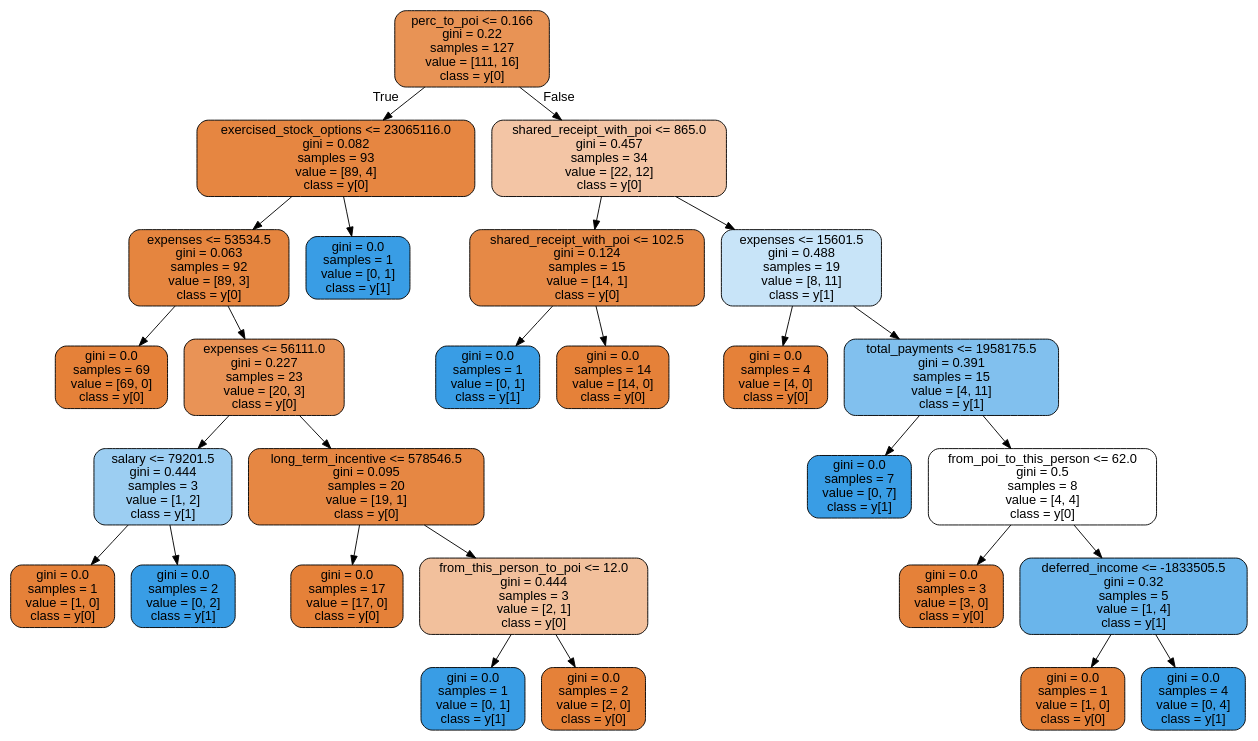
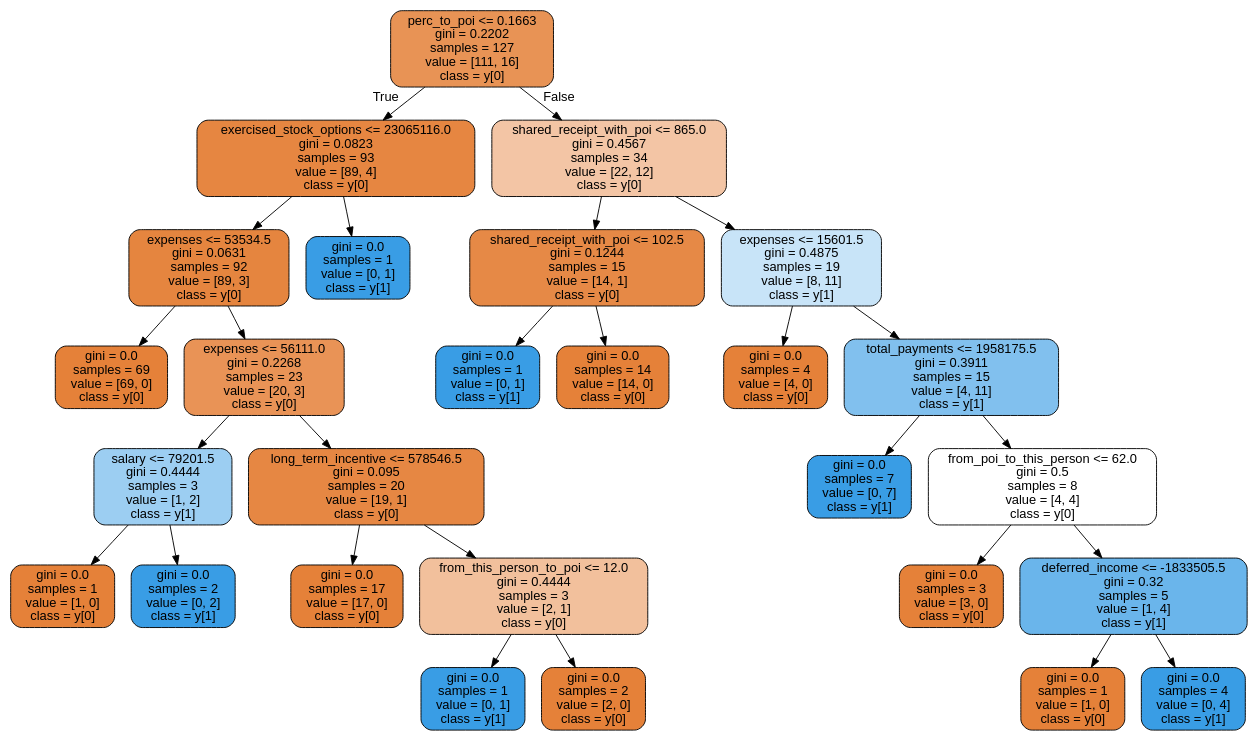
One commit to mamsdiallo/ud120-projects changed the diagram in tree.dot. Above: the diagram before and after it, drawn with Graphviz. The commit also changed 18 other files, not shown here.

```diff
--- a/tree.dot
+++ b/tree.dot
@@ -1,57 +1,57 @@
 digraph Tree {
 node [shape=box, style="filled, rounded", color="black", fontname=helvetica] ;
 edge [fontname=helvetica] ;
-0 [label="perc_to_poi <= 0.166\ngini = 0.22\nsamples = 127\nvalue = [111, 16]\nclass = y[0]", fillcolor="#e58139da"] ;
-1 [label="exercised_stock_options <= 23065116.0\ngini = 0.082\nsamples = 93\nvalue = [89, 4]\nclass = y[0]", fillcolor="#e58139f4"] ;
+0 [label="perc_to_poi <= 0.1663\ngini = 0.2202\nsamples = 127\nvalue = [111, 16]\nclass = y[0]", fillcolor="#e58139da"] ;
+1 [label="exercised_stock_options <= 23065116.0\ngini = 0.0823\nsamples = 93\nvalue = [89, 4]\nclass = y[0]", fillcolor="#e58139f4"] ;
 0 -> 1 [labeldistance=2.5, labelangle=45, headlabel="True"] ;
-2 [label="expenses <= 53534.5\ngini = 0.063\nsamples = 92\nvalue = [89, 3]\nclass = y[0]", fillcolor="#e58139f6"] ;
+2 [label="expenses <= 53534.5\ngini = 0.0631\nsamples = 92\nvalue = [89, 3]\nclass = y[0]", fillcolor="#e58139f6"] ;
 1 -> 2 ;
 3 [label="gini = 0.0\nsamples = 69\nvalue = [69, 0]\nclass = y[0]", fillcolor="#e58139ff"] ;
 2 -> 3 ;
-4 [label="expenses <= 56111.0\ngini = 0.227\nsamples = 23\nvalue = [20, 3]\nclass = y[0]", fillcolor="#e58139d9"] ;
+4 [label="expenses <= 56111.0\ngini = 0.2268\nsamples = 23\nvalue = [20, 3]\nclass = y[0]", fillcolor="#e58139d9"] ;
 2 -> 4 ;
-5 [label="salary <= 79201.5\ngini = 0.444\nsamples = 3\nvalue = [1, 2]\nclass = y[1]", fillcolor="#399de57f"] ;
+5 [label="salary <= 79201.5\ngini = 0.4444\nsamples = 3\nvalue = [1, 2]\nclass = y[1]", fillcolor="#399de57f"] ;
 4 -> 5 ;
 6 [label="gini = 0.0\nsamples = 1\nvalue = [1, 0]\nclass = y[0]", fillcolor="#e58139ff"] ;
 5 -> 6 ;
 7 [label="gini = 0.0\nsamples = 2\nvalue = [0, 2]\nclass = y[1]", fillcolor="#399de5ff"] ;
 5 -> 7 ;
 8 [label="long_term_incentive <= 578546.5\ngini = 0.095\nsamples = 20\nvalue = [19, 1]\nclass = y[0]", fillcolor="#e58139f2"] ;
 4 -> 8 ;
 9 [label="gini = 0.0\nsamples = 17\nvalue = [17, 0]\nclass = y[0]", fillcolor="#e58139ff"] ;
 8 -> 9 ;
-10 [label="from_this_person_to_poi <= 12.0\ngini = 0.444\nsamples = 3\nvalue = [2, 1]\nclass = y[0]", fillcolor="#e581397f"] ;
+10 [label="from_this_person_to_poi <= 12.0\ngini = 0.4444\nsamples = 3\nvalue = [2, 1]\nclass = y[0]", fillcolor="#e581397f"] ;
 8 -> 10 ;
 11 [label="gini = 0.0\nsamples = 1\nvalue = [0, 1]\nclass = y[1]", fillcolor="#399de5ff"] ;
 10 -> 11 ;
 12 [label="gini = 0.0\nsamples = 2\nvalue = [2, 0]\nclass = y[0]", fillcolor="#e58139ff"] ;
 10 -> 12 ;
 13 [label="gini = 0.0\nsamples = 1\nvalue = [0, 1]\nclass = y[1]", fillcolor="#399de5ff"] ;
 1 -> 13 ;
-14 [label="shared_receipt_with_poi <= 865.0\ngini = 0.457\nsamples = 34\nvalue = [22, 12]\nclass = y[0]", fillcolor="#e5813974"] ;
+14 [label="shared_receipt_with_poi <= 865.0\ngini = 0.4567\nsamples = 34\nvalue = [22, 12]\nclass = y[0]", fillcolor="#e5813974"] ;
 0 -> 14 [labeldistance=2.5, labelangle=-45, headlabel="False"] ;
-15 [label="shared_receipt_with_poi <= 102.5\ngini = 0.124\nsamples = 15\nvalue = [14, 1]\nclass = y[0]", fillcolor="#e58139ed"] ;
+15 [label="shared_receipt_with_poi <= 102.5\ngini = 0.1244\nsamples = 15\nvalue = [14, 1]\nclass = y[0]", fillcolor="#e58139ed"] ;
 14 -> 15 ;
 16 [label="gini = 0.0\nsamples = 1\nvalue = [0, 1]\nclass = y[1]", fillcolor="#399de5ff"] ;
 15 -> 16 ;
 17 [label="gini = 0.0\nsamples = 14\nvalue = [14, 0]\nclass = y[0]", fillcolor="#e58139ff"] ;
 15 -> 17 ;
-18 [label="expenses <= 15601.5\ngini = 0.488\nsamples = 19\nvalue = [8, 11]\nclass = y[1]", fillcolor="#399de546"] ;
+18 [label="expenses <= 15601.5\ngini = 0.4875\nsamples = 19\nvalue = [8, 11]\nclass = y[1]", fillcolor="#399de546"] ;
 14 -> 18 ;
 19 [label="gini = 0.0\nsamples = 4\nvalue = [4, 0]\nclass = y[0]", fillcolor="#e58139ff"] ;
 18 -> 19 ;
-20 [label="total_payments <= 1958175.5\ngini = 0.391\nsamples = 15\nvalue = [4, 11]\nclass = y[1]", fillcolor="#399de5a2"] ;
+20 [label="total_payments <= 1958175.5\ngini = 0.3911\nsamples = 15\nvalue = [4, 11]\nclass = y[1]", fillcolor="#399de5a2"] ;
 18 -> 20 ;
 21 [label="gini = 0.0\nsamples = 7\nvalue = [0, 7]\nclass = y[1]", fillcolor="#399de5ff"] ;
 20 -> 21 ;
 22 [label="from_poi_to_this_person <= 62.0\ngini = 0.5\nsamples = 8\nvalue = [4, 4]\nclass = y[0]", fillcolor="#e5813900"] ;
 20 -> 22 ;
 23 [label="gini = 0.0\nsamples = 3\nvalue = [3, 0]\nclass = y[0]", fillcolor="#e58139ff"] ;
 22 -> 23 ;
 24 [label="deferred_income <= -1833505.5\ngini = 0.32\nsamples = 5\nvalue = [1, 4]\nclass = y[1]", fillcolor="#399de5bf"] ;
 22 -> 24 ;
 25 [label="gini = 0.0\nsamples = 1\nvalue = [1, 0]\nclass = y[0]", fillcolor="#e58139ff"] ;
 24 -> 25 ;
 26 [label="gini = 0.0\nsamples = 4\nvalue = [0, 4]\nclass = y[1]", fillcolor="#399de5ff"] ;
 24 -> 26 ;
 }
```
